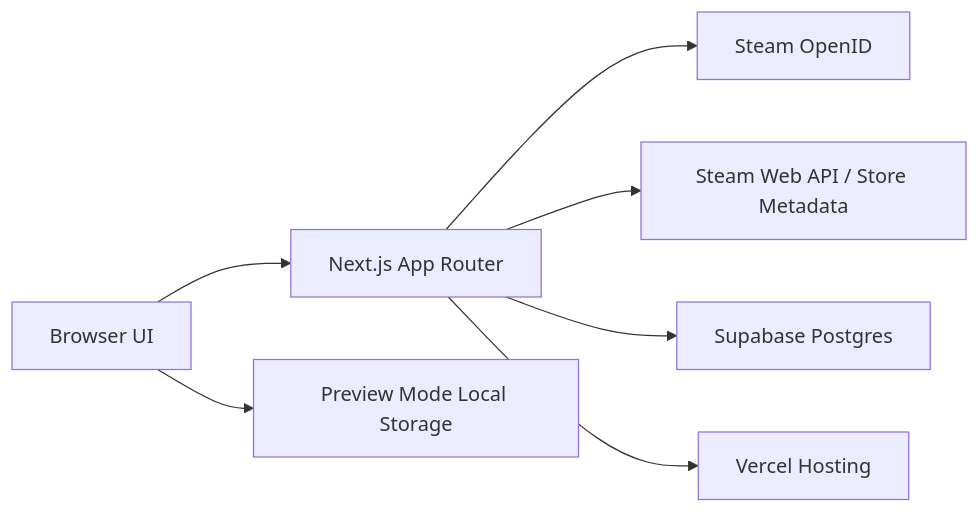
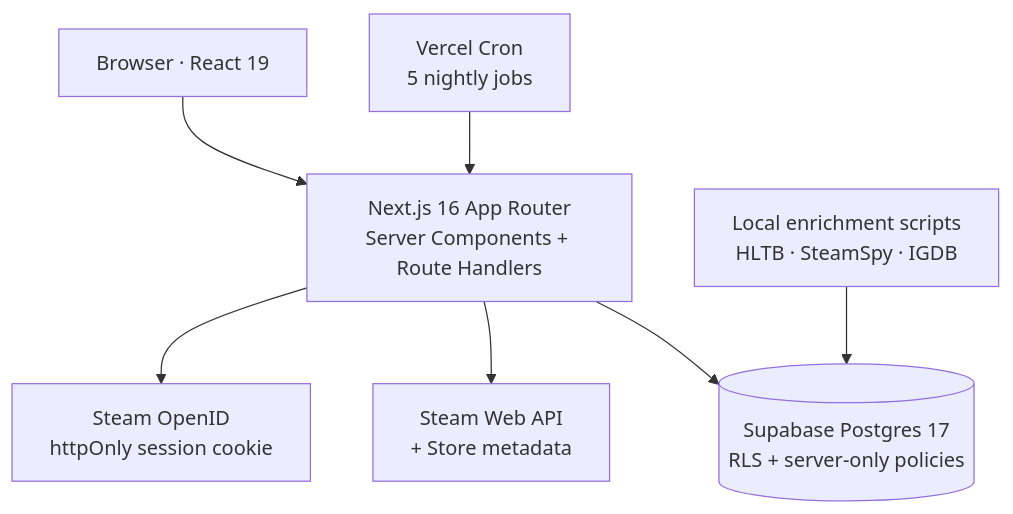
Before and after one commit to benjamindthatcher/VaultShuffle: the second of 2 diagrams in README.md, drawn with Mermaid. The commit also changed other lines of this file and 225 other files, not shown here.

````diff
--- a/README.md
+++ b/README.md
@@ -27,9 +57,9 @@
 ```mermaid
-flowchart LR
-  Browser["Browser UI"] --> Next["Next.js App Router"]
-  Next --> SteamOpenID["Steam OpenID"]
-  Next --> SteamAPI["Steam Web API / Store Metadata"]
-  Next --> Supabase["Supabase Postgres"]
-  Next --> Vercel["Vercel Hosting"]
-  Browser --> LocalStorage["Preview Mode Local Storage"]
+flowchart TB
+  Browser["Browser · React 19"] --> Next["Next.js 16 App Router<br/>Server Components + Route Handlers"]
+  Next --> Auth["Steam OpenID<br/>httpOnly session cookie"]
+  Next --> SteamAPI["Steam Web API<br/>+ Store metadata"]
+  Next --> DB[("Supabase Postgres 17<br/>RLS + server-only policies")]
+  Cron["Vercel Cron<br/>5 nightly jobs"] --> Next
+  Local["Local enrichment scripts<br/>HLTB · SteamSpy · IGDB"] --> DB
 ```
````
